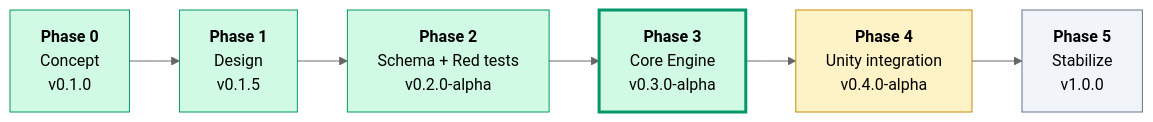
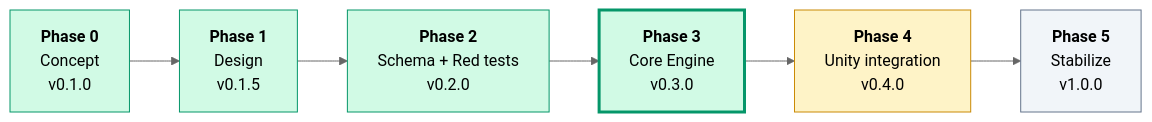
One commit to hiroxpepe/animo changed the second of 12 diagrams in README.md. Above: the diagram before and after it, drawn with Mermaid (neutral theme). The commit also changed other lines of this file and 8 other files, not shown here.

````diff
--- a/README.md
+++ b/README.md
@@ -59,16 +59,16 @@
 ```mermaid
 flowchart LR
   P0["<b>Phase 0</b><br/>Concept<br/>v0.1.0"]
   P1["<b>Phase 1</b><br/>Design<br/>v0.1.5"]
-  P2["<b>Phase 2</b><br/>Schema + Red tests<br/>v0.2.0-alpha"]
-  P3["<b>Phase 3</b><br/>Core Engine<br/>v0.3.0-alpha"]
-  P4["<b>Phase 4</b><br/>Unity integration<br/>v0.4.0-alpha"]
+  P2["<b>Phase 2</b><br/>Schema + Red tests<br/>v0.2.0"]
+  P3["<b>Phase 3</b><br/>Core Engine<br/>v0.3.0"]
+  P4["<b>Phase 4</b><br/>Unity integration<br/>v0.4.0"]
   P5["<b>Phase 5</b><br/>Stabilize<br/>v1.0.0"]
   P0 --> P1 --> P2 --> P3 --> P4 --> P5
   style P0 fill:#d1fae5,stroke:#059669
   style P1 fill:#d1fae5,stroke:#059669
   style P2 fill:#d1fae5,stroke:#059669
   style P3 fill:#d1fae5,stroke:#059669,stroke-width:3px
   style P4 fill:#fef3c7,stroke:#ca8a04
   style P5 fill:#f1f5f9,stroke:#64748b
 ```
````
